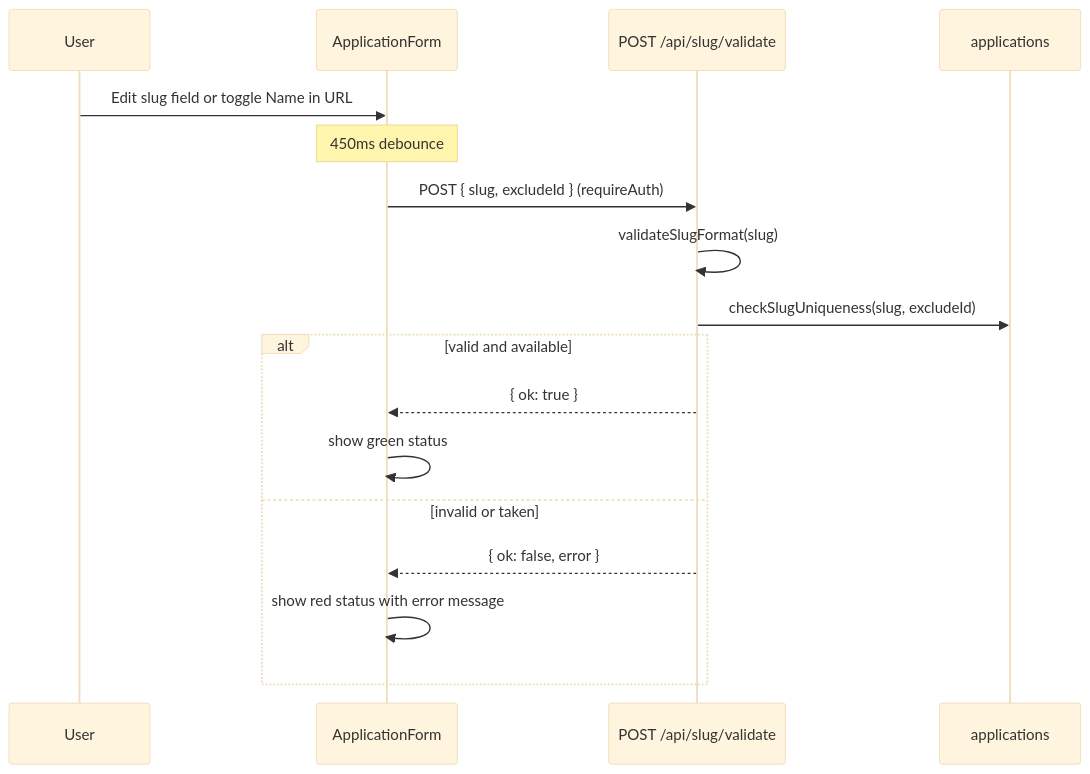
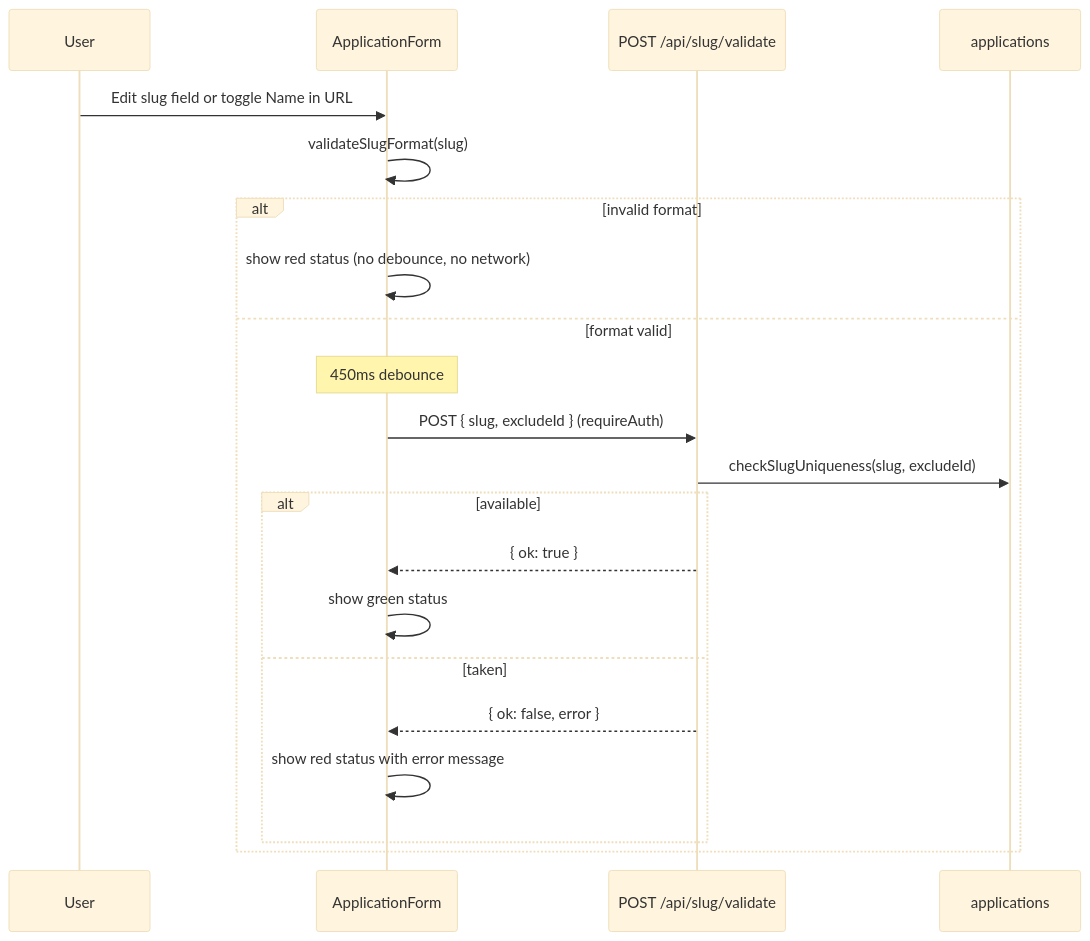
One commit to joan-gerard/my-hire-view changed diagram 11 of 13 in docs/DATA_FLOW.md. Above: the diagram before and after it, drawn with Mermaid (base theme). The commit also changed other lines of this file and 4 other files, not shown here.

Commit message:
docs: add env template and sync slug validation and auth edge-case notes

````diff
--- a/docs/DATA_FLOW.md
+++ b/docs/DATA_FLOW.md
@@ -389,20 +393,24 @@
 ```mermaid
 sequenceDiagram
   participant U as User
   participant Form as ApplicationForm
   participant ValidateAPI as POST /api/slug/validate
   participant Applications as applications
 
   U->>Form: Edit slug field or toggle Name in URL
-  Note over Form: 450ms debounce
-  Form->>ValidateAPI: POST { slug, excludeId } (requireAuth)
-  ValidateAPI->>ValidateAPI: validateSlugFormat(slug)
-  ValidateAPI->>Applications: checkSlugUniqueness(slug, excludeId)
-  alt valid and available
-    ValidateAPI-->>Form: { ok: true }
-    Form->>Form: show green status
-  else invalid or taken
-    ValidateAPI-->>Form: { ok: false, error }
-    Form->>Form: show red status with error message
+  Form->>Form: validateSlugFormat(slug)
+  alt invalid format
+    Form->>Form: show red status (no debounce, no network)
+  else format valid
+    Note over Form: 450ms debounce
+    Form->>ValidateAPI: POST { slug, excludeId } (requireAuth)
+    ValidateAPI->>Applications: checkSlugUniqueness(slug, excludeId)
+    alt available
+      ValidateAPI-->>Form: { ok: true }
+      Form->>Form: show green status
+    else taken
+      ValidateAPI-->>Form: { ok: false, error }
+      Form->>Form: show red status with error message
+    end
   end
 ```
````
